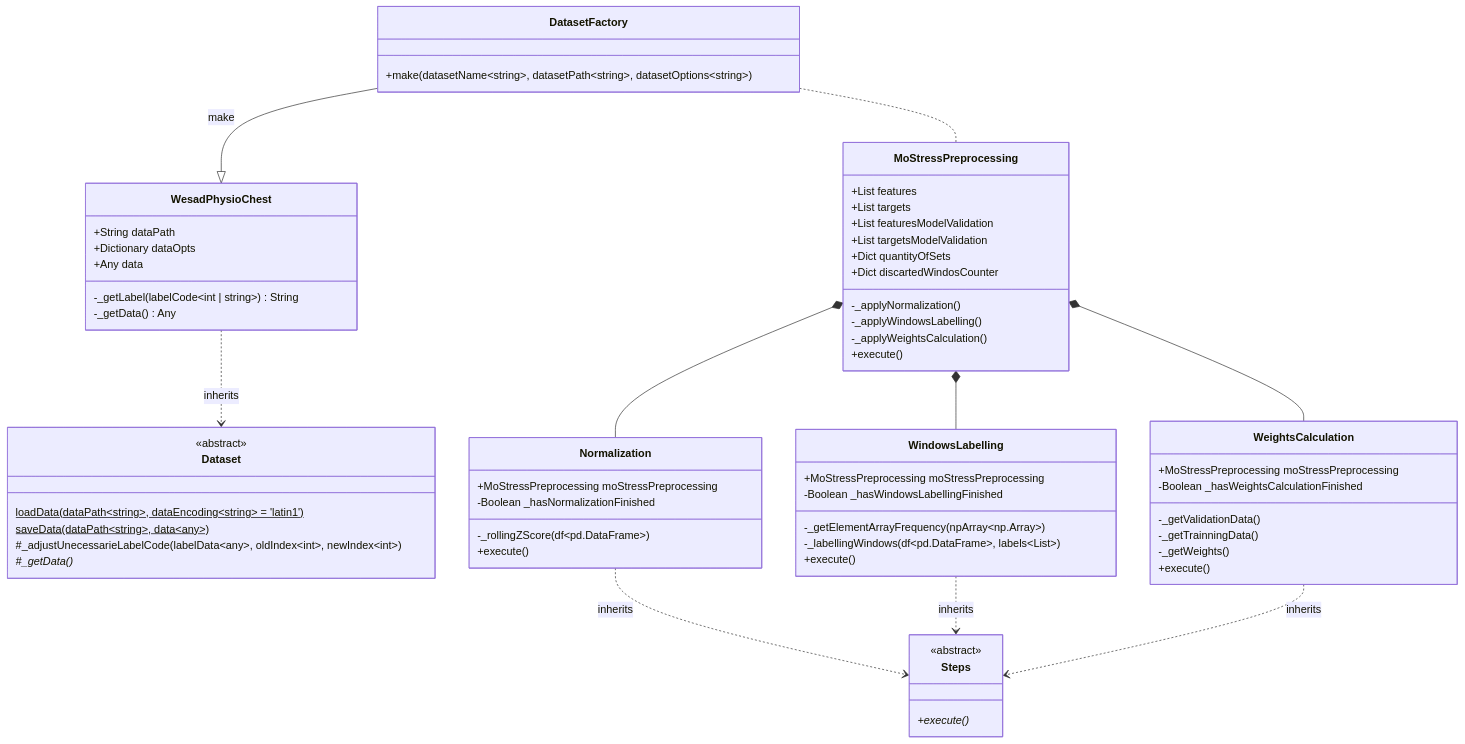
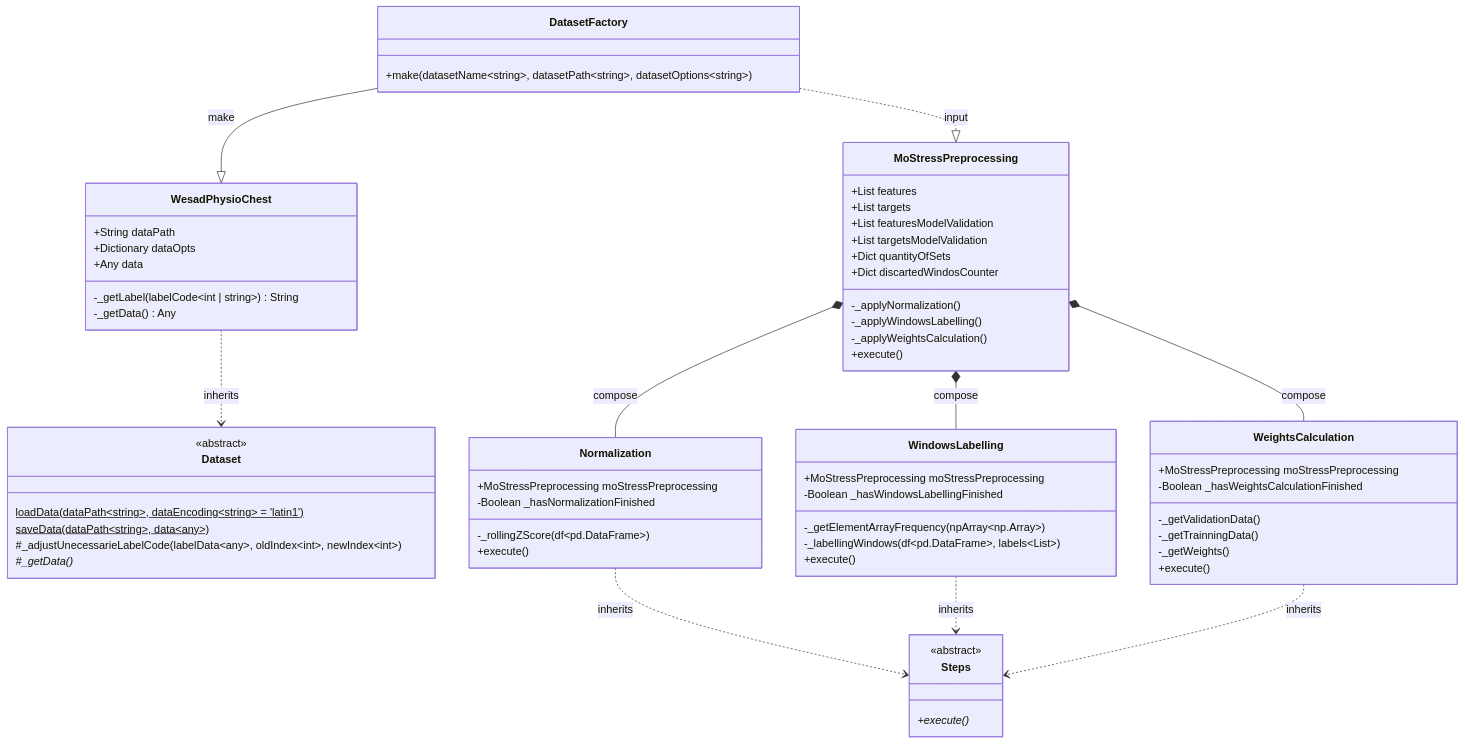
The diagram in README.md (ramos-ai/MoStress), drawn with Mermaid before and after one commit. The commit also changed other lines of this file, not shown here.

Commit message:
adding arrow description

````diff
--- a/README.md
+++ b/README.md
@@ -77,80 +78,80 @@
 ```mermaid
 
 classDiagram
   class DatasetFactory {
     +make(datasetName~string~, datasetPath~string~, datasetOptions~string~)
   }
   class  Dataset{
     <<abstract>>
     loadData(dataPath~string~, dataEncoding~string~ = 'latin1')$
     saveData(dataPath~string~, data~any~)$
     #_adjustUnecessarieLabelCode(labelData~any~, oldIndex~int~, newIndex~int~)
     #_getData()*
   }
   class WesadPhysioChest {
     +String dataPath
     +Dictionary dataOpts
     +Any data
 
     -_getLabel(labelCode~int | string~) String
     -_getData() Any
   }
   class Steps {
     <<abstract>>
     +execute()*
   }
   class Normalization {
     +MoStressPreprocessing moStressPreprocessing
     -Boolean _hasNormalizationFinished
 
     -_rollingZScore(df~pd.DataFrame~)
     +execute()
   }
   class WindowsLabelling {
     +MoStressPreprocessing moStressPreprocessing
     -Boolean _hasWindowsLabellingFinished
 
     -_getElementArrayFrequency(npArray~np.Array~)
     -_labellingWindows(df~pd.DataFrame~, labels~List~)
     +execute()
   }
   class WeightsCalculation {
     +MoStressPreprocessing moStressPreprocessing
     -Boolean _hasWeightsCalculationFinished
 
     -_getValidationData()
     -_getTrainningData()
     -_getWeights()
     +execute()
   }
   class MoStressPreprocessing {
     +List features
     +List targets
     +List featuresModelValidation
     +List targetsModelValidation
     +Dict quantityOfSets
     +Dict discartedWindosCounter
 
     -_applyNormalization()
     -_applyWindowsLabelling()
     -_applyWeightsCalculation()
     +execute()
   }
 
   
 
   Normalization ..> Steps: inherits
   WindowsLabelling ..> Steps: inherits
   WeightsCalculation ..> Steps: inherits
 
-  MoStressPreprocessing *-- Normalization
-  MoStressPreprocessing *-- WindowsLabelling
-  MoStressPreprocessing *-- WeightsCalculation
+  MoStressPreprocessing *-- Normalization: compose
+  MoStressPreprocessing *-- WindowsLabelling: compose
+  MoStressPreprocessing *-- WeightsCalculation: compose
 
-  DatasetFactory .. MoStressPreprocessing
+  DatasetFactory ..|> MoStressPreprocessing: input
 
   WesadPhysioChest ..> Dataset: inherits
   DatasetFactory --|> WesadPhysioChest: make
 
 
 ```
````
